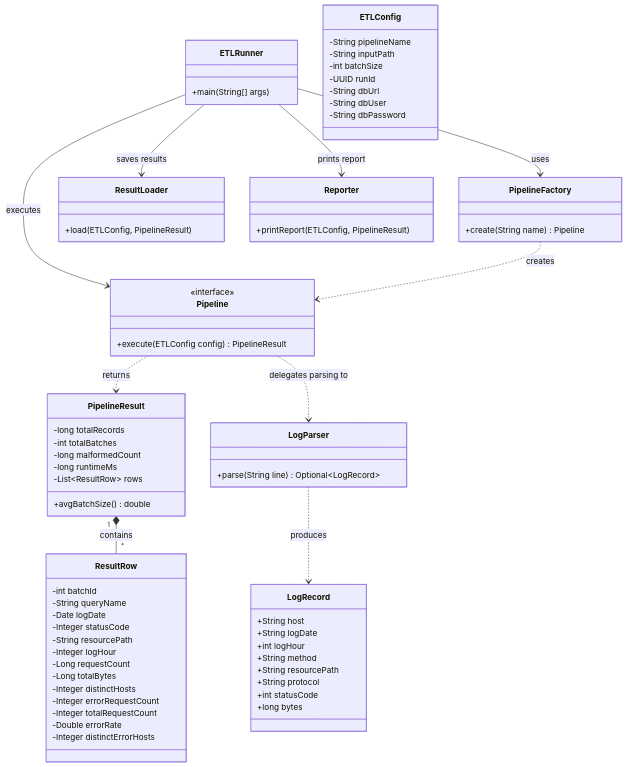
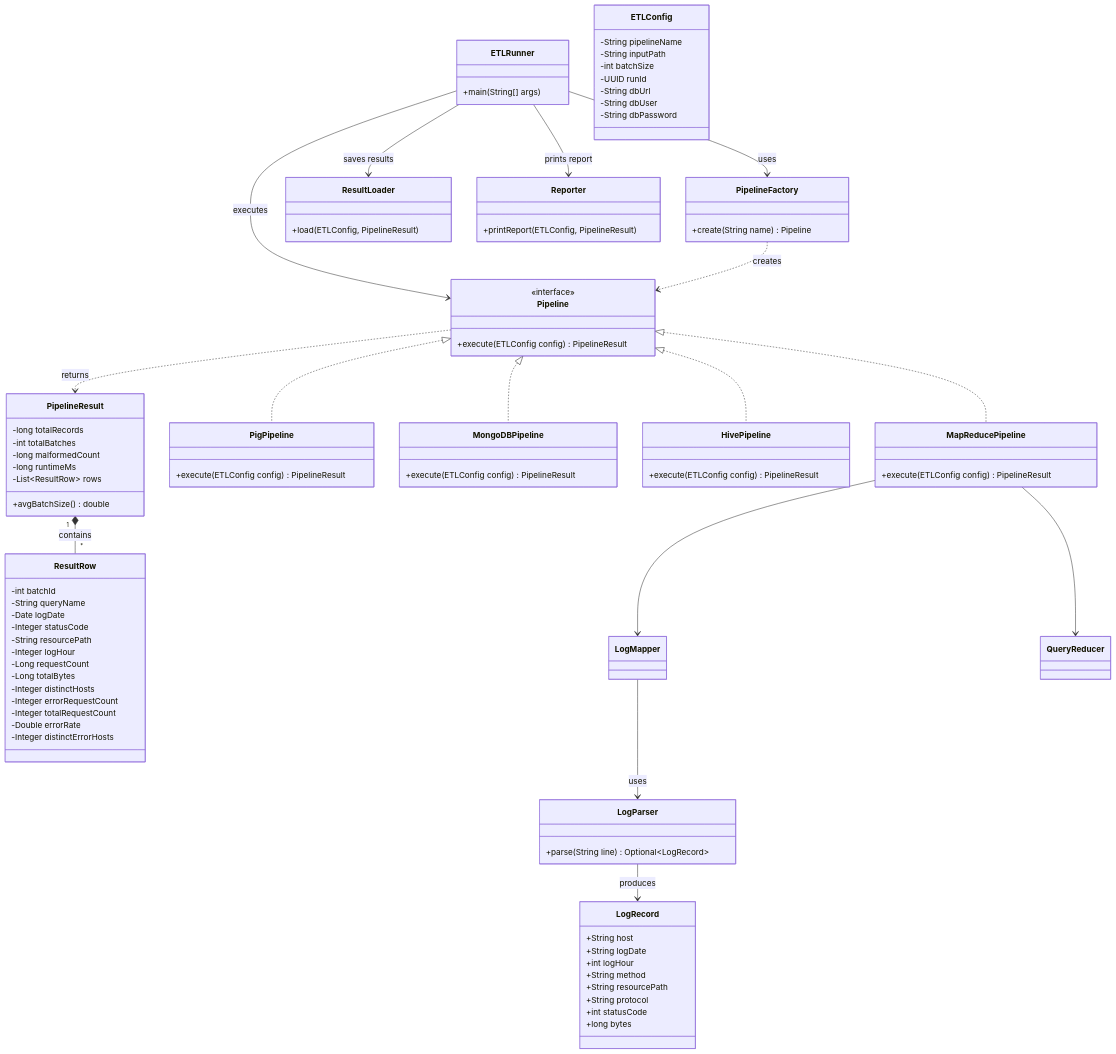
Before and after one commit to Rohitangshu2026/NoSQL: the first of 4 diagrams in Project/etl-framework/README.md, drawn with Mermaid. The commit also changed other lines of this file, not shown here.

````diff
--- a/Project/etl-framework/README.md
+++ b/Project/etl-framework/README.md
@@ -13,74 +13,118 @@
 ```mermaid
 classDiagram
-    class ETLRunner {
-        +main(String[] args)
-    }
-    class PipelineFactory {
-        +create(String name) Pipeline
-    }
-    class Pipeline {
-        <<interface>>
-        +execute(ETLConfig config) PipelineResult
-    }
-    class ETLConfig {
-        -String pipelineName
-        -String inputPath
-        -int batchSize
-        -UUID runId
-        -String dbUrl
-        -String dbUser
-        -String dbPassword
-    }
-    class PipelineResult {
-        -long totalRecords
-        -int totalBatches
-        -long malformedCount
-        -long runtimeMs
-        -List~ResultRow~ rows
-        +avgBatchSize() double
-    }
-    class ResultRow {
-        -int batchId
-        -String queryName
-        -Date logDate
-        -Integer statusCode
-        -String resourcePath
-        -Integer logHour
-        -Long requestCount
-        -Long totalBytes
-        -Integer distinctHosts
-        -Integer errorRequestCount
-        -Integer totalRequestCount
-        -Double errorRate
-        -Integer distinctErrorHosts
-    }
-    class LogParser {
-        +parse(String line) Optional~LogRecord~
-    }
-    class LogRecord {
-        +String host
-        +String logDate
-        +int logHour
-        +String method
-        +String resourcePath
-        +String protocol
-        +int statusCode
-        +long bytes
-    }
-    class ResultLoader {
-        +load(ETLConfig, PipelineResult)
-    }
-    class Reporter {
-        +printReport(ETLConfig, PipelineResult)
-    }
 
-    ETLRunner --> PipelineFactory : uses
-    ETLRunner --> Pipeline : executes
-    ETLRunner --> ResultLoader : saves results
-    ETLRunner --> Reporter : prints report
-    PipelineFactory ..> Pipeline : creates
-    Pipeline ..> PipelineResult : returns
-    PipelineResult "1" *-- "*" ResultRow : contains
-    Pipeline ..> LogParser : delegates parsing to
-    LogParser ..> LogRecord : produces
+class ETLRunner {
+    +main(String[] args)
+}
+
+class PipelineFactory {
+    +create(String name) Pipeline
+}
+
+class Pipeline {
+    <<interface>>
+    +execute(ETLConfig config) PipelineResult
+}
+
+class MapReducePipeline {
+    +execute(ETLConfig config) PipelineResult
+}
+
+class PigPipeline {
+    +execute(ETLConfig config) PipelineResult
+}
+
+class MongoDBPipeline {
+    +execute(ETLConfig config) PipelineResult
+}
+
+class HivePipeline {
+    +execute(ETLConfig config) PipelineResult
+}
+
+class ETLConfig {
+    -String pipelineName
+    -String inputPath
+    -int batchSize
+    -UUID runId
+    -String dbUrl
+    -String dbUser
+    -String dbPassword
+}
+
+class PipelineResult {
+    -long totalRecords
+    -int totalBatches
+    -long malformedCount
+    -long runtimeMs
+    -List~ResultRow~ rows
+    +avgBatchSize() double
+}
+
+class ResultRow {
+    -int batchId
+    -String queryName
+    -Date logDate
+    -Integer statusCode
+    -String resourcePath
+    -Integer logHour
+    -Long requestCount
+    -Long totalBytes
+    -Integer distinctHosts
+    -Integer errorRequestCount
+    -Integer totalRequestCount
+    -Double errorRate
+    -Integer distinctErrorHosts
+}
+
+class LogParser {
+    +parse(String line) Optional~LogRecord~
+}
+
+class LogRecord {
+    +String host
+    +String logDate
+    +int logHour
+    +String method
+    +String resourcePath
+    +String protocol
+    +int statusCode
+    +long bytes
+}
+
+class ResultLoader {
+    +load(ETLConfig, PipelineResult)
+}
+
+class Reporter {
+    +printReport(ETLConfig, PipelineResult)
+}
+
+class LogMapper
+class QueryReducer
+
+%% Relationships
+
+ETLRunner --> PipelineFactory : uses
+ETLRunner --> Pipeline : executes
+ETLRunner --> ResultLoader : saves results
+ETLRunner --> Reporter : prints report
+
+PipelineFactory ..> Pipeline : creates
+
+Pipeline <|.. MapReducePipeline
+Pipeline <|.. PigPipeline
+Pipeline <|.. MongoDBPipeline
+Pipeline <|.. HivePipeline
+
+Pipeline ..> PipelineResult : returns
+PipelineResult "1" *-- "*" ResultRow : contains
+
+%% Parsing flow
+LogMapper --> LogParser : uses
+LogParser --> LogRecord : produces
+
+%% MapReduce internals
+MapReducePipeline --> LogMapper
+MapReducePipeline --> QueryReducer
 ```
````
